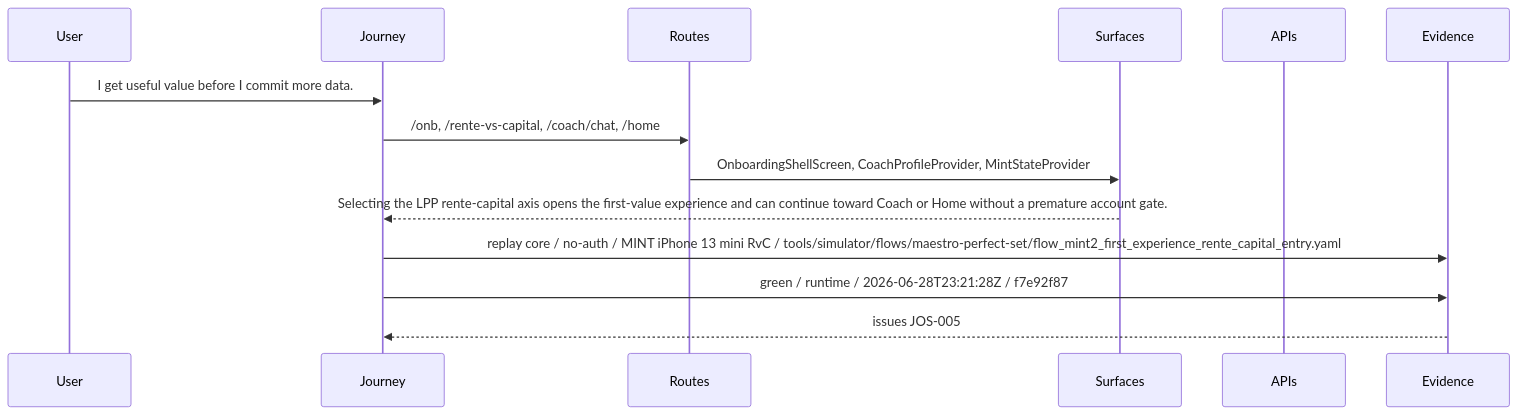
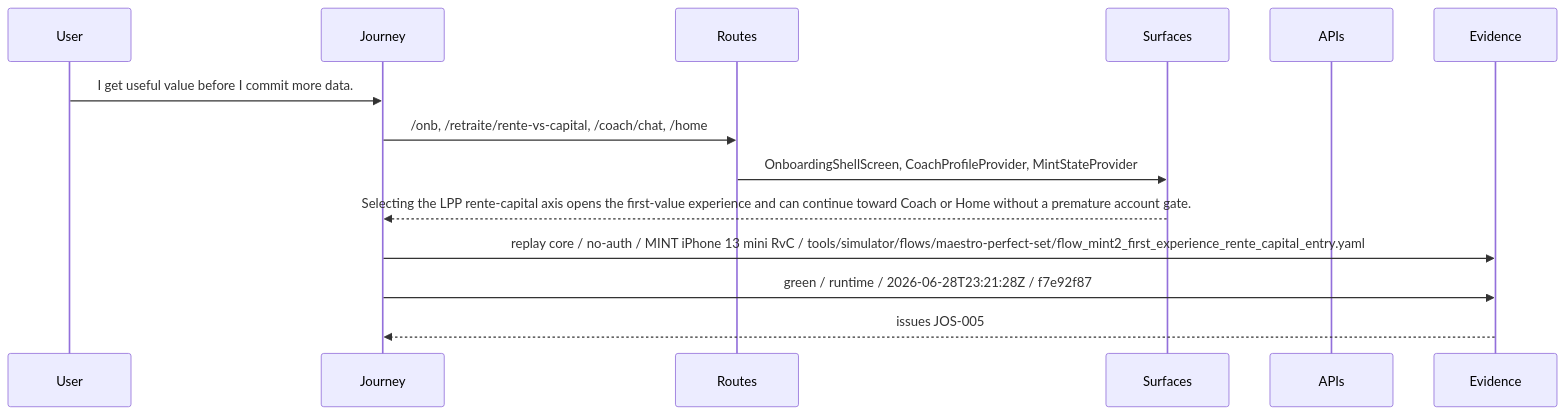
The diagram in .planning/journeys/diagrams/onboarding_first_value_sequence.mmd (MINT-IA/MINT), drawn with Mermaid before and after one commit. The commit also changed 27 other files, not shown here.

```diff
--- a/.planning/journeys/diagrams/onboarding_first_value_sequence.mmd
+++ b/.planning/journeys/diagrams/onboarding_first_value_sequence.mmd
@@ -1,15 +1,15 @@
 %% Generated from .planning/journeys/records/onboarding_first_value.json
 sequenceDiagram
   participant User
   participant Journey
   participant Routes
   participant Surfaces
   participant APIs
   participant Evidence
   User->>Journey: I get useful value before I commit more data.
-  Journey->>Routes: /onb, /rente-vs-capital, /coach/chat, /home
+  Journey->>Routes: /onb, /retraite/rente-vs-capital, /coach/chat, /home
   Routes->>Surfaces: OnboardingShellScreen, CoachProfileProvider, MintStateProvider
   Surfaces-->>Journey: Selecting the LPP rente-capital axis opens the first-value experience and can continue toward Coach or Home without a premature account gate.
   Journey->>Evidence: replay core / no-auth / MINT iPhone 13 mini RvC / tools/simulator/flows/maestro-perfect-set/flow_mint2_first_experience_rente_capital_entry.yaml
   Journey->>Evidence: green / runtime / 2026-06-28T23:21:28Z / f7e92f87
   Evidence-->>Journey: issues JOS-005
```
